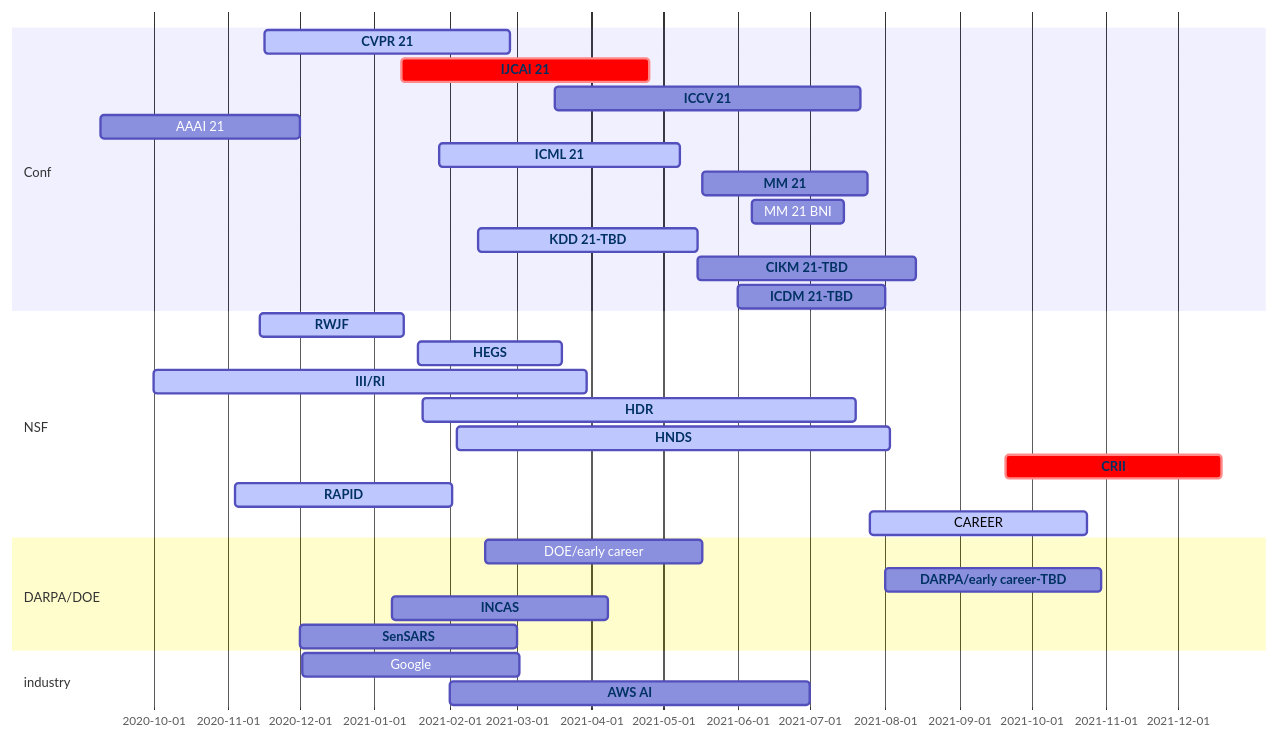
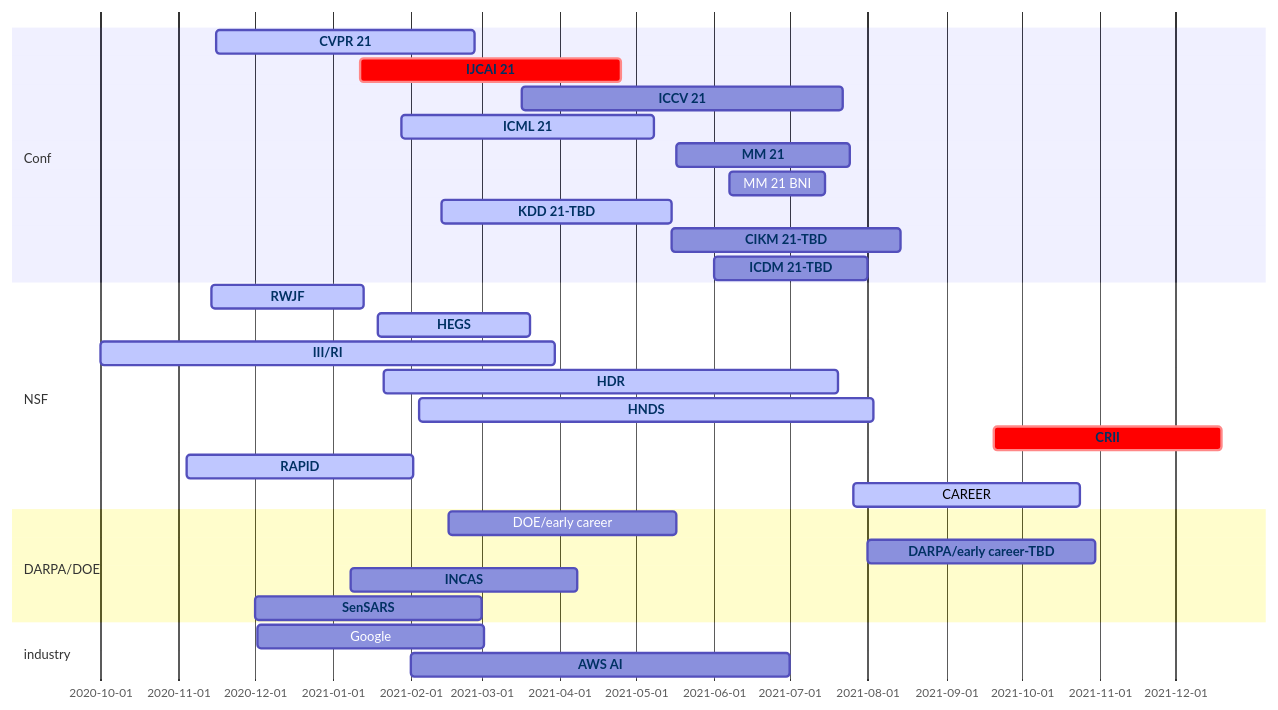
Before and after one commit to aquastar/academic-kickstart: the diagram in content/post/conf/index.md, drawn with Mermaid.

````diff
--- a/content/post/conf/index.md
+++ b/content/post/conf/index.md
@@ -16,54 +16,53 @@
 ```mermaid
 gantt
   dateFormat  MM/DD/YY
   section Conf
     CVPR 21 :active, cvpr, 11/16/20, 02/26/21
     IJCAI 21 :crit, ijcai, 01/12/21, 04/25/21
     ICCV 21 :iccv, 03/17/21, 07/22/21
-    AAAI 21 :aaai, 09/09/20, 12/01/20
     ICML 21:active, icml, 01/28/21, 05/08/21
     MM 21:mm, 05/17/21, 07/25/21
     MM 21 BNI:mmbni, 06/07/21, 07/15/21
     KDD 21-TBD:active, kdd, 02/13/21, 05/15/21
     CIKM 21-TBD:cikm, 05/15/21, 08/14/21
     ICDM 21-TBD:icdm, 06/01/21, 08/01/21
   section NSF
     RWJF :active, rwjf, 11/14/20, 60d
     HEGS: active, hegs, 01/19/21, 60d
     III/RI: active, iis, 10/01/20, 180d
     HDR :active, hdr, 01/21/21, 180d
     HNDS :active, hnds, 02/04/21, 180d
     CRII :crit, crii, 09/20/21, 90d 
     RAPID:active, rapid, 11/04/20, 90d
     CAREER:active, career, 07/26/21, 90d
   section DARPA/DOE
     DOE/early career: doe, 02/16/21, 90d 
     DARPA/early career-TBD: darpa, 08/01/21, 90d
     INCAS: incas, 01/08/21, 90d
     SenSARS: sensars, 12/01/20, 90d
   section industry
     Google: google, 12/02/20, 90d
     AWS AI: aws, 02/01/21, 07/01/21
 
   click sensars href "https://beta.sam.gov/opp/a84f1af107334afcbf39d885d8f668a3/view"
   click aws href "https://www.amazon.science/research-awards/call-for-proposals/aws-ai"
   click incas href "https://beta.sam.gov/opp/6bbca26d91df4eff96b4edfa2386c35f/view?keywords=incas&sort=-relevance&index=&is_active=true&page=1"
   click darpa href "https://www.darpa.mil/work-with-us/for-universities/young-faculty-award"
   click deo href "https://www.grants.gov/web/grants/search-grants.html"
   click cvpr href "http://cvpr2021.thecvf.com/"
   click iccv href "http://iccv2021.thecvf.com/"
   click icml href "https://icml.cc/Conferences/2021"
   click ijcai href "http://www.ijcai-21.org/"
   click kdd href "http://www.kdd.org/kdd2021"
   click www href "https://www2021.thewebconf.org/"
   click cikm href "https://www.cikm2021.org/"
   click icdm href "http://icdm2021.bigke.org"
   click mm href "https://2020.acmmm.org/index.html"
   click crii href "https://www.nsf.gov/funding/pgm_summ.jsp?pims_id=504952"
   click hdr href "https://www.nsf.gov/funding/pgm_summ.jsp?pims_id=505828&org=NSF&sel_org=CISE&from=fund"
   click hnds href "https://www.nsf.gov/funding/pgm_summ.jsp?pims_id=505702"
   click rwjf href "https://anr.rwjf.org/viewCfp.do?cfpId=1509&cfpOverviewId="
   click iis href "https://www.nsf.gov/funding/pgm_summ.jsp?pims_id=505667&org=NSF"
   click hegs href "https://www.nsf.gov/funding/pgm_summ.jsp?pims_id=505745&org=NSF&sel_org=NSF&from=fund"
   click rapid href "https://www.nsf.gov/news/special_reports/coronavirus/"
 ```
````
